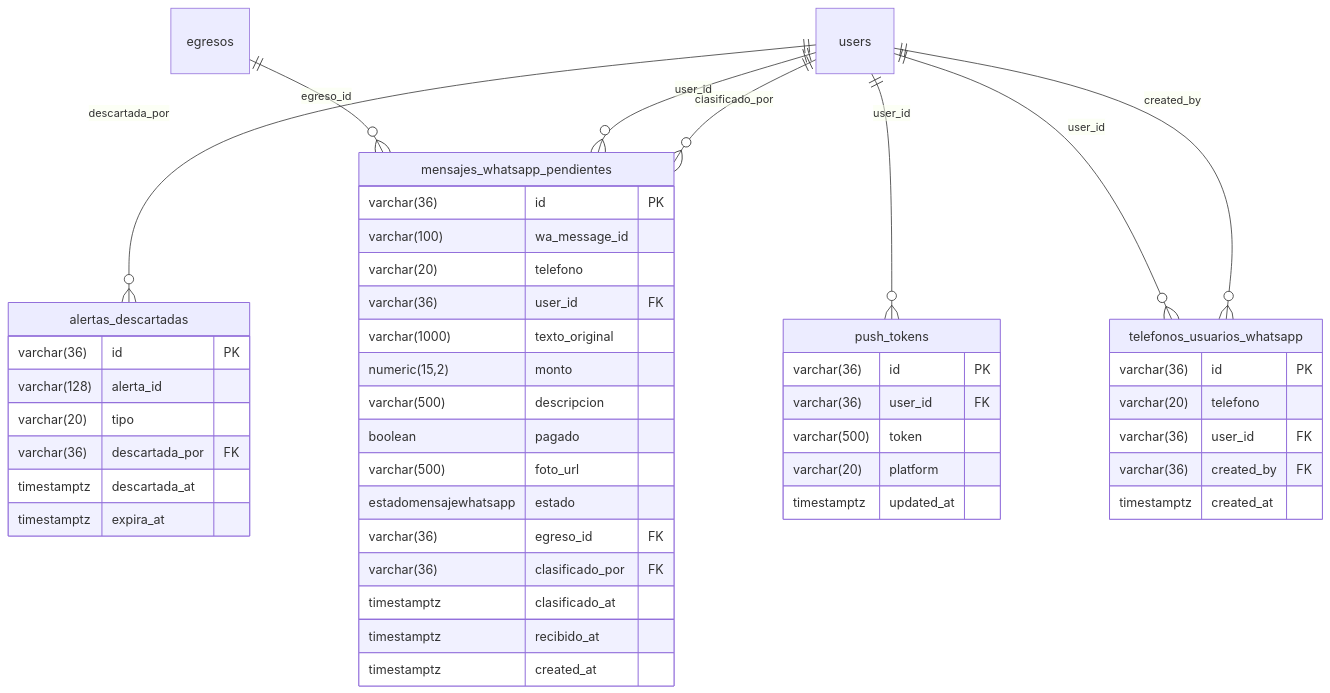
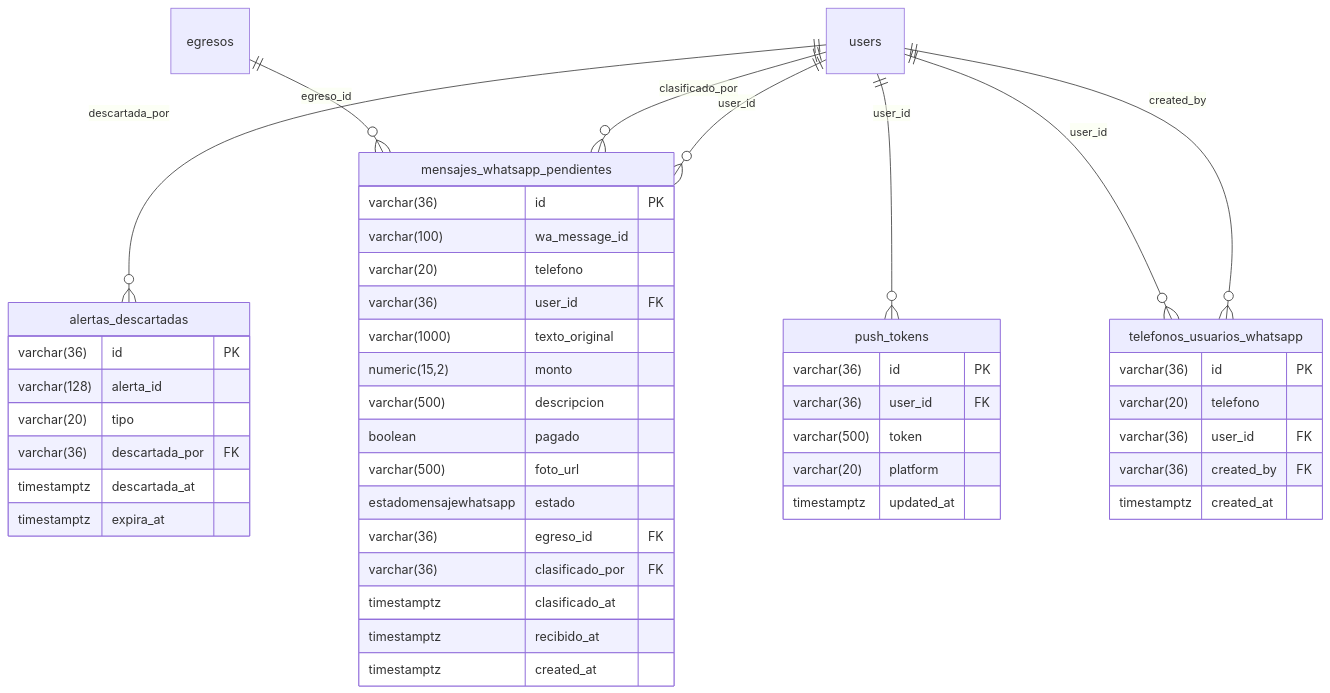
Before and after one commit to FaustoYanzon/Proyecto-Gestion-Los-Lirios-: the seventh of 10 diagrams in docs/sistema/Modelo de Datos.md, drawn with Mermaid. The commit also changed other lines of this file and 1 other file, not shown here.

````diff
--- a/docs/sistema/Modelo de Datos.md
+++ b/docs/sistema/Modelo de Datos.md
@@ -1363,49 +1349,49 @@
 ```mermaid
 erDiagram
     users ||--o{ alertas_descartadas : "descartada_por"
+    users ||--o{ mensajes_whatsapp_pendientes : "user_id"
     users ||--o{ mensajes_whatsapp_pendientes : "clasificado_por"
-    users ||--o{ mensajes_whatsapp_pendientes : "user_id"
     egresos ||--o{ mensajes_whatsapp_pendientes : "egreso_id"
     users ||--o{ push_tokens : "user_id"
     users ||--o{ telefonos_usuarios_whatsapp : "created_by"
     users ||--o{ telefonos_usuarios_whatsapp : "user_id"
     mensajes_whatsapp_pendientes {
         varchar(36) id PK
         varchar(100) wa_message_id
         varchar(20) telefono
         varchar(36) user_id FK
         varchar(1000) texto_original
         numeric(15,2) monto
         varchar(500) descripcion
         boolean pagado
         varchar(500) foto_url
         estadomensajewhatsapp estado
         varchar(36) egreso_id FK
         varchar(36) clasificado_por FK
         timestamptz clasificado_at
         timestamptz recibido_at
         timestamptz created_at
     }
     telefonos_usuarios_whatsapp {
         varchar(36) id PK
         varchar(20) telefono
         varchar(36) user_id FK
         varchar(36) created_by FK
         timestamptz created_at
     }
     push_tokens {
         varchar(36) id PK
         varchar(36) user_id FK
         varchar(500) token
         varchar(20) platform
         timestamptz updated_at
     }
     alertas_descartadas {
         varchar(36) id PK
         varchar(128) alerta_id
         varchar(20) tipo
         varchar(36) descartada_por FK
         timestamptz descartada_at
         timestamptz expira_at
     }
 ```
````
